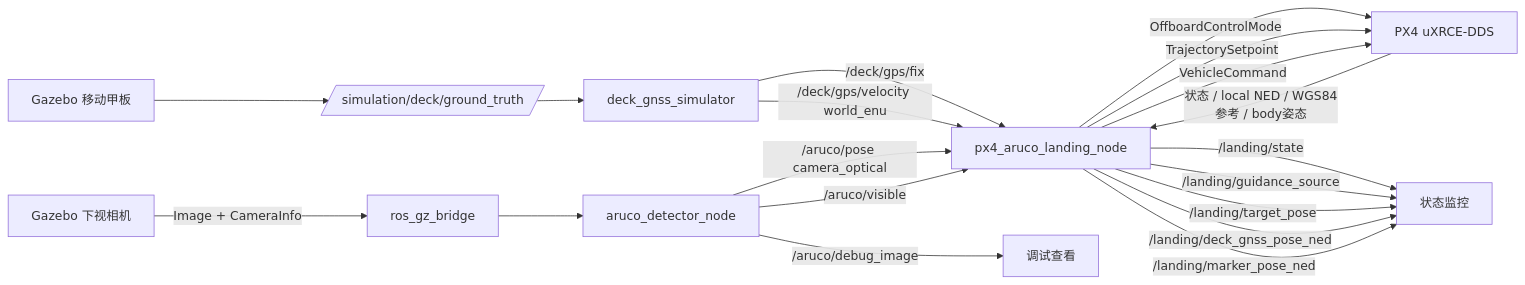
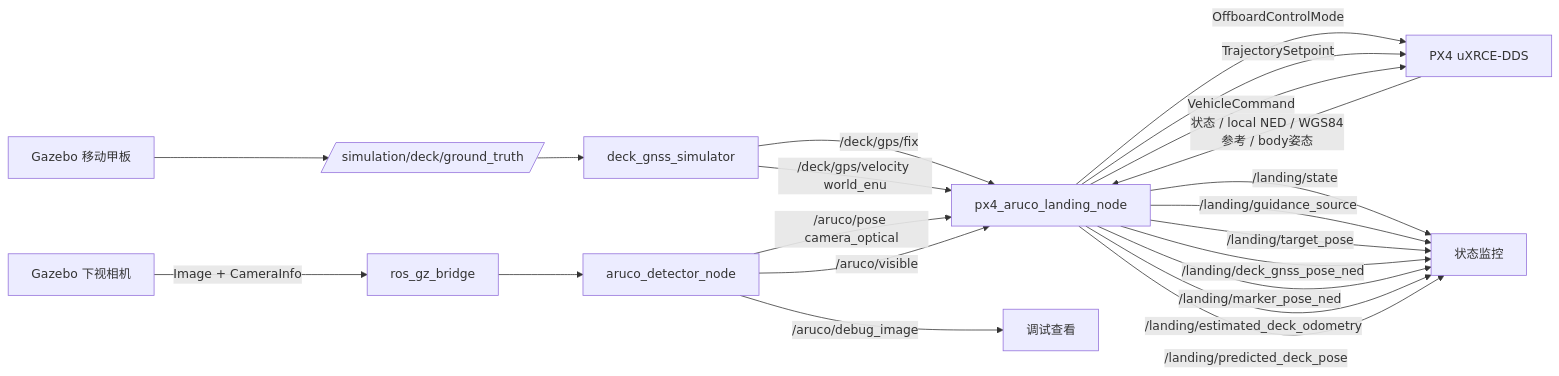
Before and after one commit to yjMa23/-ws_aruco_landing: the diagram in docs/README.md, drawn with Mermaid. The commit also changed other lines of this file and 18 other files, not shown here.

````diff
--- a/docs/README.md
+++ b/docs/README.md
@@ -42,24 +46,26 @@
 ```mermaid
 flowchart LR
     DECK[Gazebo 移动甲板] --> GT[/simulation/deck/ground_truth/]
     GT --> GNSS[deck_gnss_simulator]
     GNSS -->|/deck/gps/fix| CTRL[px4_aruco_landing_node]
     GNSS -->|/deck/gps/velocity world_enu| CTRL
 
     GZ[Gazebo 下视相机] -->|Image + CameraInfo| BR[ros_gz_bridge]
     BR --> DET[aruco_detector_node]
     DET -->|/aruco/pose camera_optical| CTRL
     DET -->|/aruco/visible| CTRL
     DET -->|/aruco/debug_image| VIEW[调试查看]
 
     PX4[PX4 uXRCE-DDS] -->|状态 / local NED / WGS84参考 / body姿态| CTRL
     CTRL -->|OffboardControlMode| PX4
     CTRL -->|TrajectorySetpoint| PX4
     CTRL -->|VehicleCommand| PX4
 
     CTRL -->|/landing/state| MON[状态监控]
     CTRL -->|/landing/guidance_source| MON
     CTRL -->|/landing/target_pose| MON
     CTRL -->|/landing/deck_gnss_pose_ned| MON
     CTRL -->|/landing/marker_pose_ned| MON
+    CTRL -->|/landing/estimated_deck_odometry| MON
+    CTRL -->|/landing/predicted_deck_pose| MON
 ```
````
